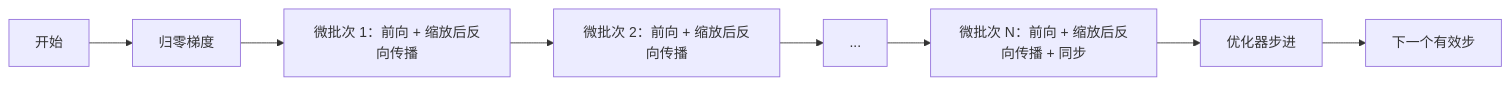
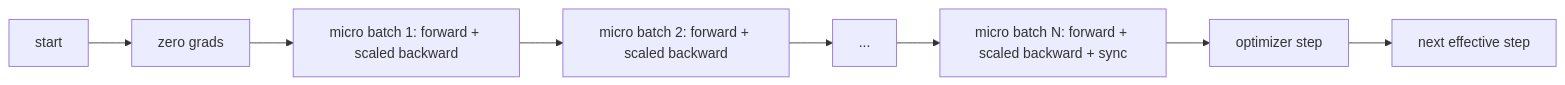
Before and after one commit to xiaojiaenen/ai-engineering-from-scratch-zh: the first of 2 diagrams in i18n/zh/phases/19-capstone-projects/46-gradient-accumulation/docs/zh.md, drawn with Mermaid. The commit also changed other lines of this file and 85 other files, not shown here.

````diff
--- a/i18n/zh/phases/19-capstone-projects/46-gradient-accumulation/docs/zh.md
+++ b/i18n/zh/phases/19-capstone-projects/46-gradient-accumulation/docs/zh.md
@@ -25,10 +25,10 @@
 ```mermaid
 flowchart LR
-  start[开始] --> zero[归零梯度]
-  zero --> mb1[微批次 1：前向 + 缩放后反向传播]
-  mb1 --> mb2[微批次 2：前向 + 缩放后反向传播]
+  start[start] --> zero[zero grads]
+  zero --> mb1[micro batch 1: forward + scaled backward]
+  mb1 --> mb2[micro batch 2: forward + scaled backward]
   mb2 --> dots[...]
-  dots --> mbN[微批次 N：前向 + 缩放后反向传播 + 同步]
-  mbN --> step[优化器步进]
-  step --> next[下一个有效步]
+  dots --> mbN[micro batch N: forward + scaled backward + sync]
+  mbN --> step[optimizer step]
+  step --> next[next effective step]
 ```
````
